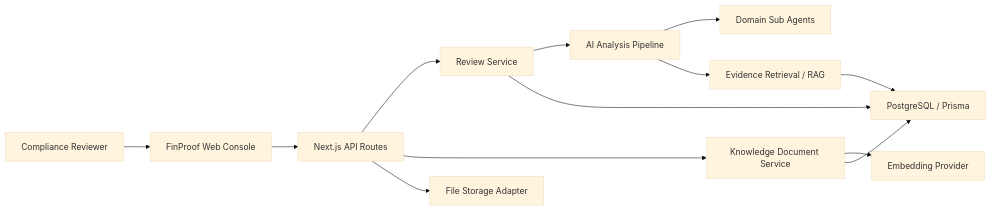
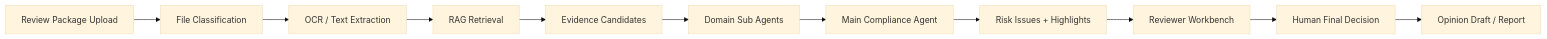
The diagram in README.md (choi0312/FinProof-AI-Agent), drawn with Mermaid (base theme) before and after one commit. The commit also changed other lines of this file and 3 other files, not shown here.

````diff
--- a/README.md
+++ b/README.md
@@ -83,15 +51,13 @@
 ```mermaid
 flowchart LR
-  User["Compliance Reviewer"] --> UI["FinProof Web Console"]
-  UI --> API["Next.js API Routes"]
-  API --> Review["Review Service"]
-  API --> Knowledge["Knowledge Document Service"]
-  Review --> Analysis["AI Analysis Pipeline"]
-  Analysis --> SubAgents["Domain Sub Agents"]
-  Analysis --> Evidence["Evidence Retrieval / RAG"]
-  Knowledge --> Embedding["Embedding Provider"]
-  Review --> DB["PostgreSQL / Prisma"]
-  Knowledge --> DB
-  API --> Storage["File Storage Adapter"]
-  Evidence --> DB
+  Upload["Review Package Upload"] --> Classify["File Classification"]
+  Classify --> OCR["OCR / Text Extraction"]
+  OCR --> RAG["RAG Retrieval"]
+  RAG --> Evidence["Evidence Candidates"]
+  Evidence --> Agents["Domain Sub Agents"]
+  Agents --> Lead["Main Compliance Agent"]
+  Lead --> Issues["Risk Issues + Highlights"]
+  Issues --> Workbench["Reviewer Workbench"]
+  Workbench --> Decision["Human Final Decision"]
+  Decision --> Report["Opinion Draft / Report"]
 ```
````
